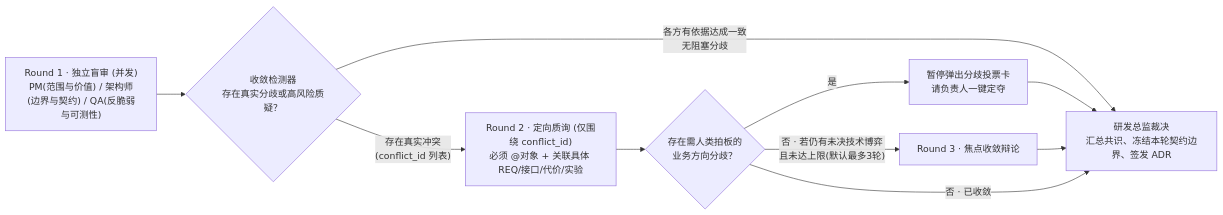
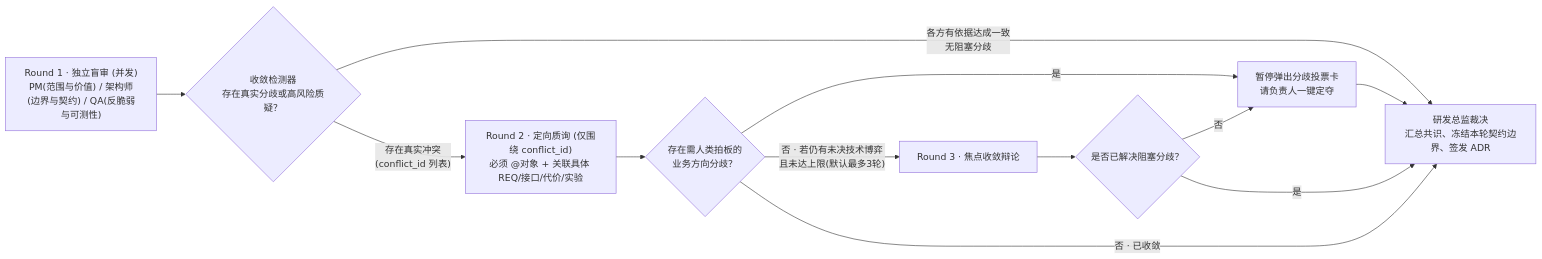
The second of 2 diagrams in VERNAL_STANDARD_DELIVERY_SPEC.md (zomer2001/VernalDevCrew), drawn with Mermaid before and after one commit. The commit also changed other lines of this file and 37 other files, not shown here.

````diff
--- a/VERNAL_STANDARD_DELIVERY_SPEC.md
+++ b/VERNAL_STANDARD_DELIVERY_SPEC.md
@@ -309,12 +312,14 @@
 ```mermaid
 flowchart LR
     R1["Round 1 · 独立盲审 (并发)<br/>PM(范围与价值) / 架构师(边界与契约) / QA(反脆弱与可测性)"] --> DET{"收敛检测器<br/>存在真实分歧或高风险质疑？"}
     DET -- "各方有依据达成一致<br/>无阻塞分歧" --> DIR["研发总监裁决<br/>汇总共识、冻结本轮契约边界、签发 ADR"]
     DET -- "存在真实冲突<br/>(conflict_id 列表)" --> R2["Round 2 · 定向质询 (仅围绕 conflict_id)<br/>必须 @对象 + 关联具体 REQ/接口/代价/实验"]
     R2 --> BIZ{"存在需人类拍板的<br/>业务方向分歧？"}
     BIZ -- "是" --> HUM["暂停弹出分歧投票卡<br/>请负责人一键定夺"]
     HUM --> DIR
     BIZ -- "否 · 若仍有未决技术博弈<br/>且未达上限(默认最多3轮)" --> R3["Round 3 · 焦点收敛辩论"]
-    R3 --> DIR
+    R3 --> FINAL{"是否已解决阻塞分歧？"}
+    FINAL -- "是" --> DIR
+    FINAL -- "否" --> HUM
     BIZ -- "否 · 已收敛" --> DIR
 ```
````
